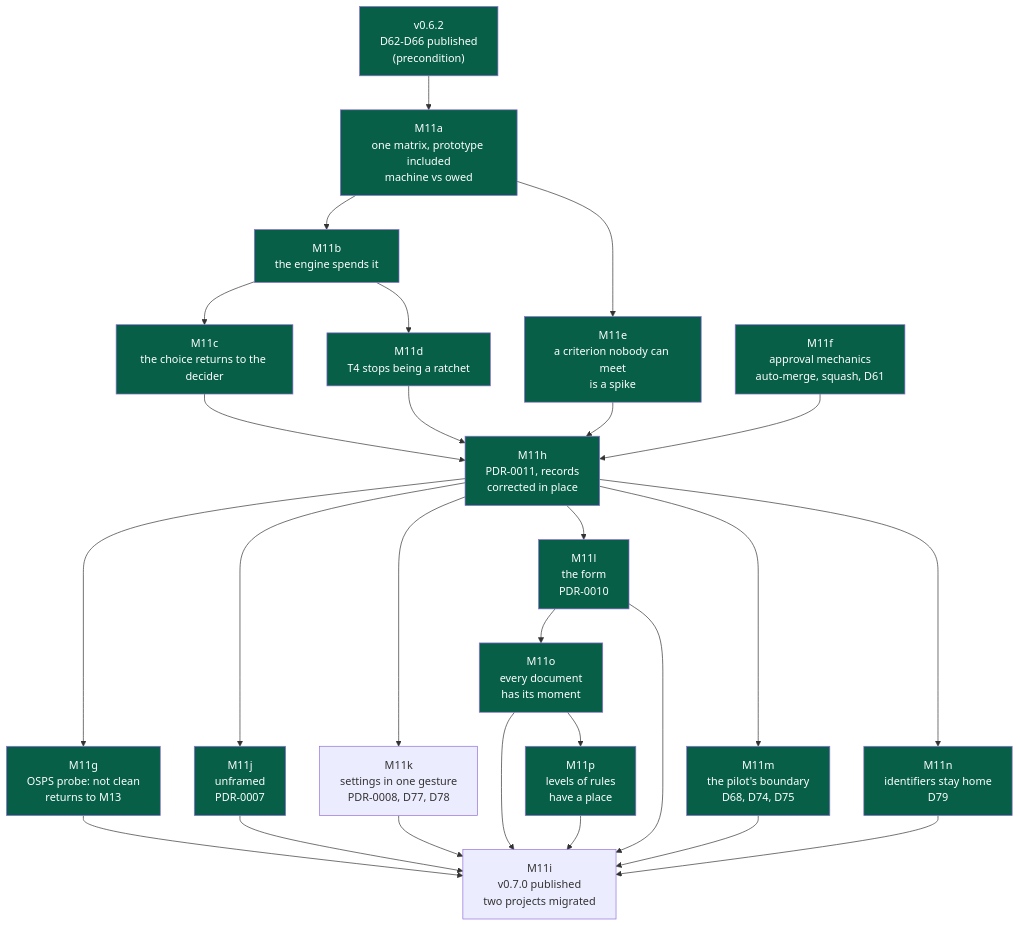
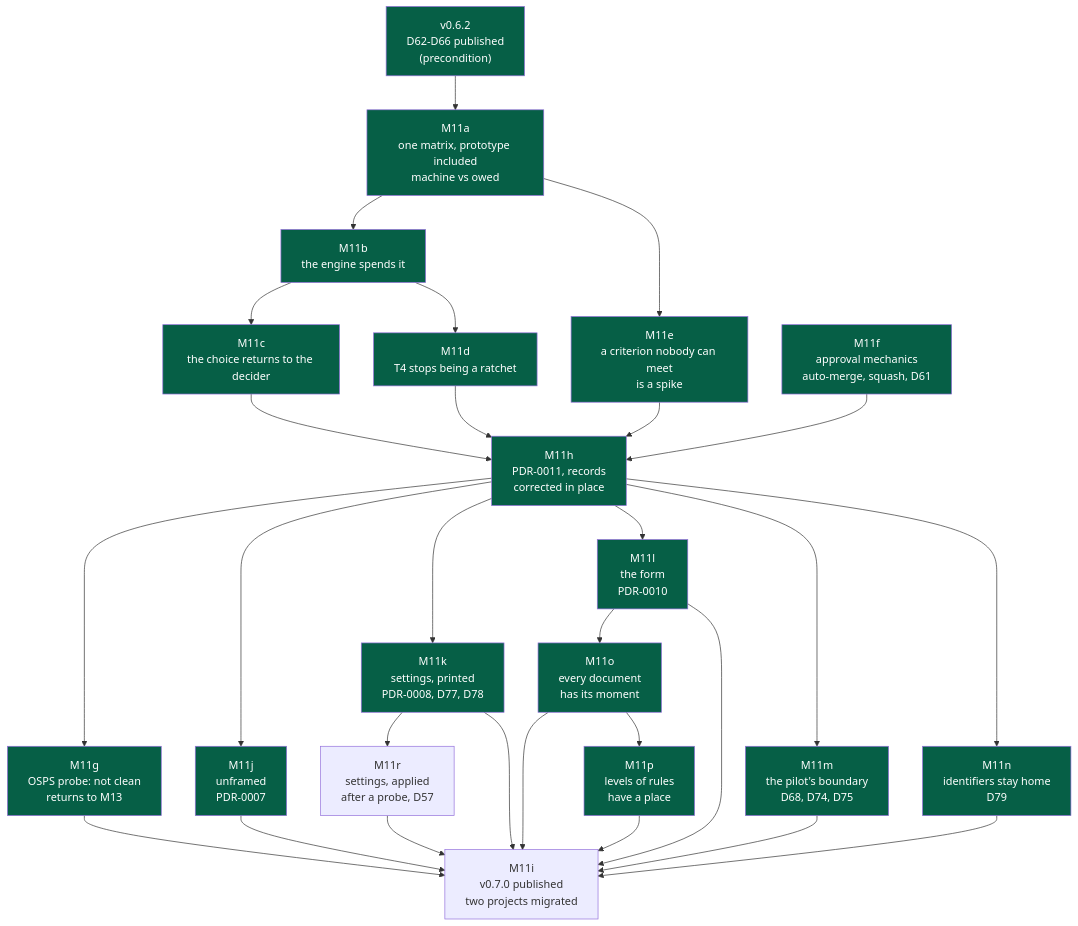
One commit to NapkinStack/engineering-os changed the first of 3 diagrams in docs/governance/plans/2026-09-23-m11-ceremony-follows-consequence.md. Above: the diagram before and after it, drawn with Mermaid. The commit also changed other lines of this file and 8 other files, not shown here.

````diff
--- a/docs/governance/plans/2026-09-23-m11-ceremony-follows-consequence.md
+++ b/docs/governance/plans/2026-09-23-m11-ceremony-follows-consequence.md
@@ -140,30 +140,32 @@
 ```mermaid
 flowchart TD
     V62["v0.6.2<br/>D62-D66 published<br/>(precondition)"]:::done --> A
     A["M11a<br/>one matrix, prototype included<br/>machine vs owed"]:::done --> B["M11b<br/>the engine spends it"]:::done
     B --> C["M11c<br/>the choice returns to the decider"]:::done
     B --> D["M11d<br/>T4 stops being a ratchet"]:::done
     A --> E["M11e<br/>a criterion nobody can meet<br/>is a spike"]:::done
     F["M11f<br/>approval mechanics<br/>auto-merge, squash, D61"]:::done --> H
     C --> H["M11h<br/>PDR-0011, records<br/>corrected in place"]:::done
     D --> H
     E --> H
     H --> G["M11g<br/>OSPS probe: not clean<br/>returns to M13"]:::done
     H --> J["M11j<br/>unframed<br/>PDR-0007"]:::done
-    H --> K["M11k<br/>settings in one gesture<br/>PDR-0008, D77, D78"]
+    H --> K["M11k<br/>settings, printed<br/>PDR-0008, D77, D78"]:::done
+    K --> R["M11r<br/>settings, applied<br/>after a probe, D57"]
+    R --> I
     H --> L["M11l<br/>the form<br/>PDR-0010"]:::done
     H --> M["M11m<br/>the pilot's boundary<br/>D68, D74, D75"]:::done
     H --> N["M11n<br/>identifiers stay home<br/>D79"]:::done
     L --> O["M11o<br/>every document<br/>has its moment"]:::done
     O --> I
     O --> Q["M11p<br/>levels of rules<br/>have a place"]:::done
     Q --> I
     N --> I
     G --> I["M11i<br/>v0.7.0 published<br/>two projects migrated"]
     J --> I
     K --> I
     L --> I
     M --> I
 
     classDef done fill:#065f46,color:#fff
 ```
````
